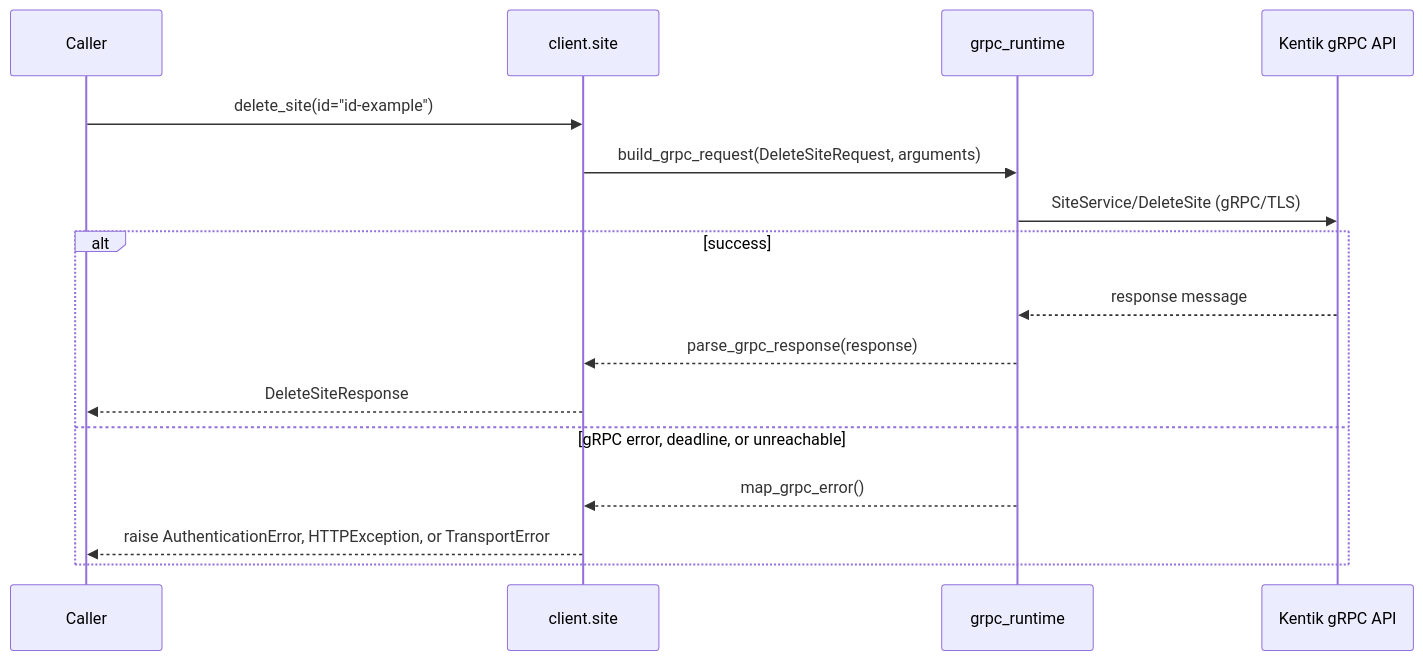
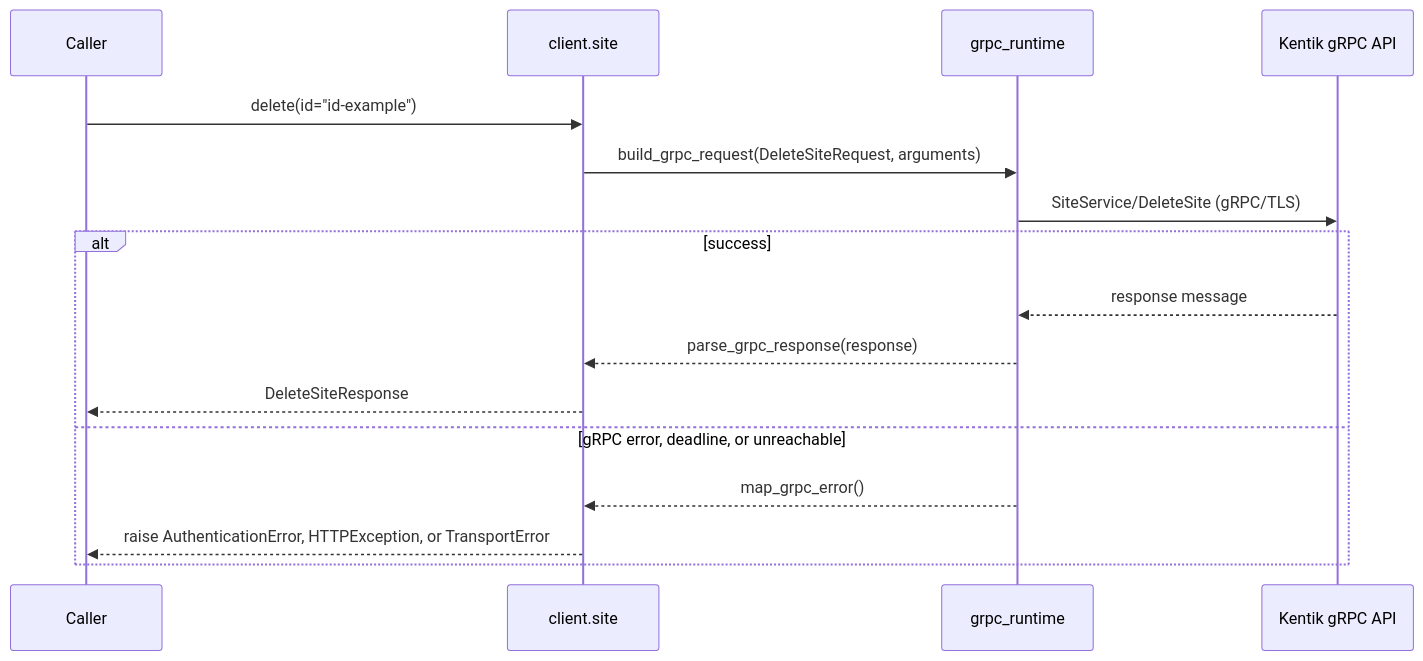
Diagram 21 of 22 in docs/sphinx/services/site.md (alexdearaujo/community_sdk_python), drawn with Mermaid before and after one commit. The commit also changed other lines of this file and 119 other files, not shown here.

````diff
--- a/docs/sphinx/services/site.md
+++ b/docs/sphinx/services/site.md
@@ -735,19 +735,19 @@
 ```mermaid
 sequenceDiagram
     participant C as Caller
     participant W as client.site
     participant R as grpc_runtime
     participant API as Kentik gRPC API
 
-    C->>W: delete_site(id="id-example")
+    C->>W: delete(id="id-example")
     W->>R: build_grpc_request(DeleteSiteRequest, arguments)
     R->>API: SiteService/DeleteSite (gRPC/TLS)
     alt success
         API-->>R: response message
         R-->>W: parse_grpc_response(response)
         W-->>C: DeleteSiteResponse
     else gRPC error, deadline, or unreachable
         R-->>W: map_grpc_error()
         W-->>C: raise AuthenticationError, HTTPException, or TransportError
     end
 ```
````
